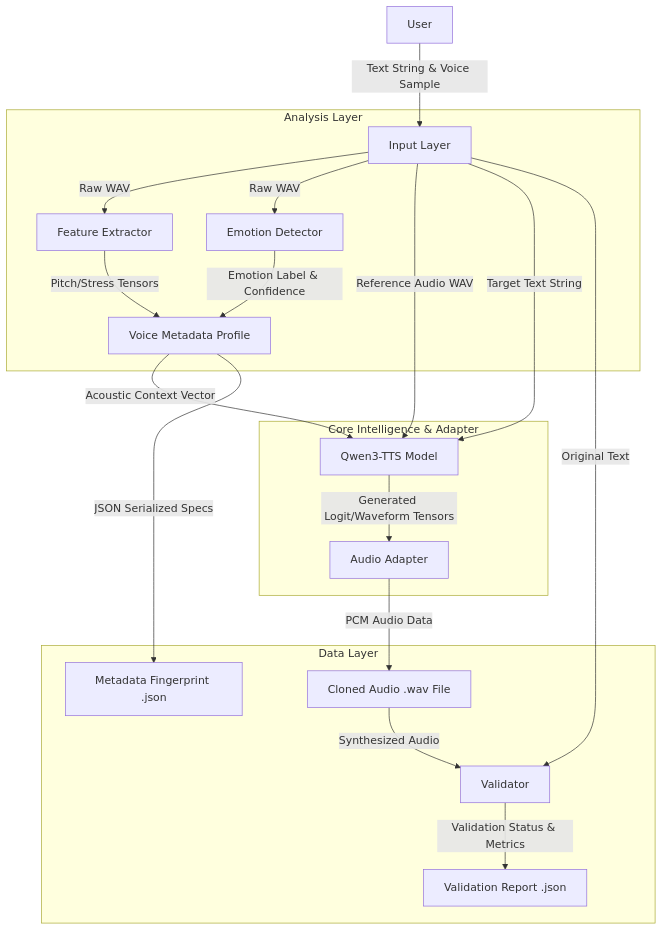
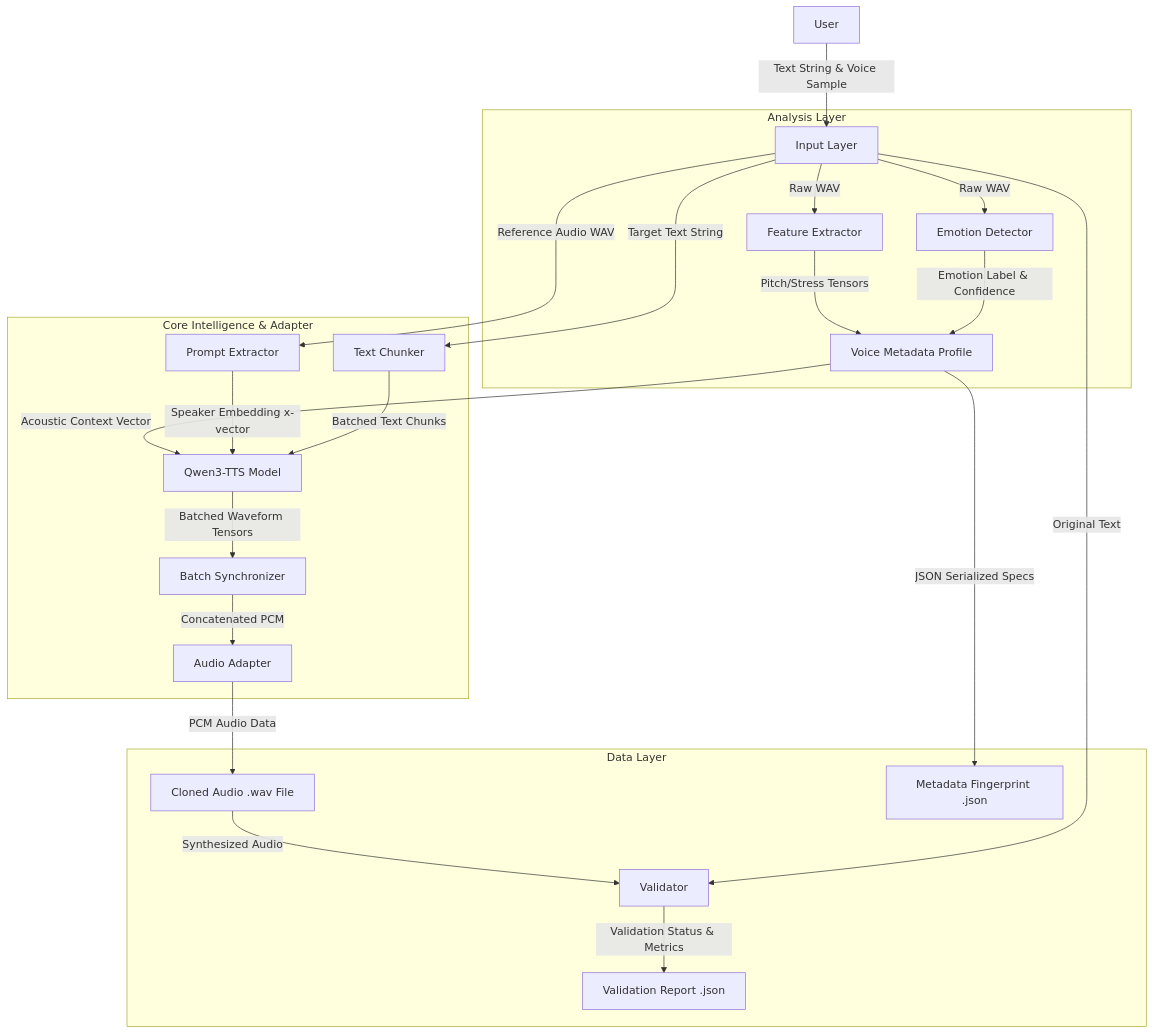
Before and after one commit to Praveen-1307/-Personalized-Speech-Learning-using-TTS: the diagram in docs/ARCHITECTURE.md, drawn with Mermaid. The commit also changed other lines of this file and 19 other files, not shown here.

````diff
--- a/docs/ARCHITECTURE.md
+++ b/docs/ARCHITECTURE.md
@@ -15,26 +15,29 @@
 ```mermaid
 graph TD
     User[User] -->|Text String & Voice Sample| InputLayer[Input Layer]
     
     subgraph Analysis [Analysis Layer]
         InputLayer -->|Raw WAV| FE[Feature Extractor]
         InputLayer -->|Raw WAV| ED[Emotion Detector]
         FE -->|Pitch/Stress Tensors| Profile[Voice Metadata Profile]
         ED -->|Emotion Label & Confidence| Profile
     end
     
     subgraph Core [Core Intelligence & Adapter]
         Profile -->|Acoustic Context Vector| Qwen[Qwen3-TTS Model]
-        InputLayer -->|Reference Audio WAV| Qwen
-        InputLayer -->|Target Text String| Qwen
-        Qwen -->|Generated Logit/Waveform Tensors| Adapter[Audio Adapter]
+        InputLayer -->|Reference Audio WAV| Prompt[Prompt Extractor]
+        InputLayer -->|Target Text String| Chunker[Text Chunker]
+        Prompt -->|Speaker Embedding x-vector| Qwen
+        Chunker -->|Batched Text Chunks| Qwen
+        Qwen -->|Batched Waveform Tensors| Sync[Batch Synchronizer]
+        Sync -->|Concatenated PCM| Adapter[Audio Adapter]
     end
     
     subgraph Data [Data Layer]
         Adapter -->|PCM Audio Data| WavOut[Cloned Audio .wav File]
         Profile -->|JSON Serialized Specs| JsonOut[Metadata Fingerprint .json]
         WavOut -->|Synthesized Audio| Val[Validator]
         InputLayer -->|Original Text| Val
         Val -->|Validation Status & Metrics| ReportOut[Validation Report .json]
     end
 ```
````
